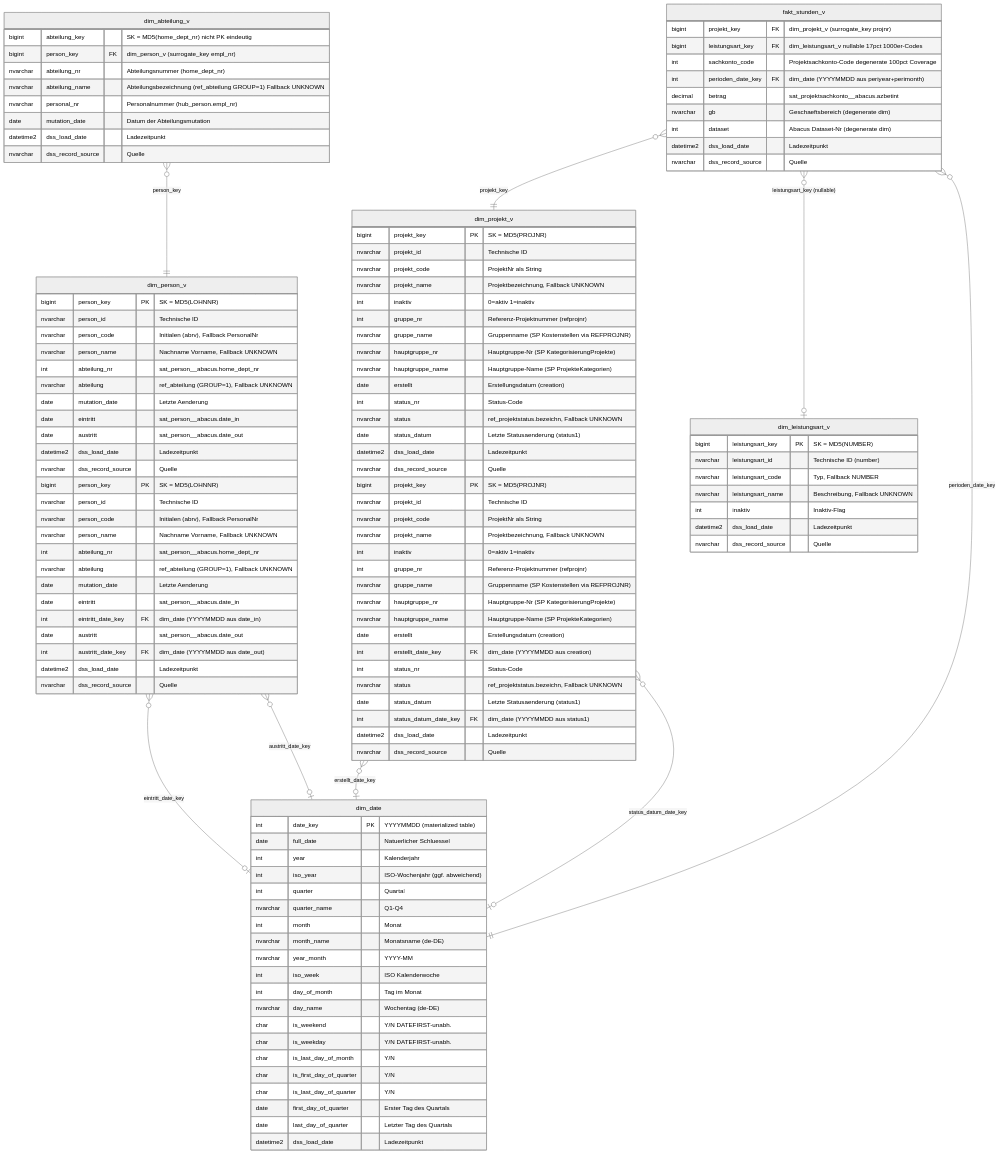
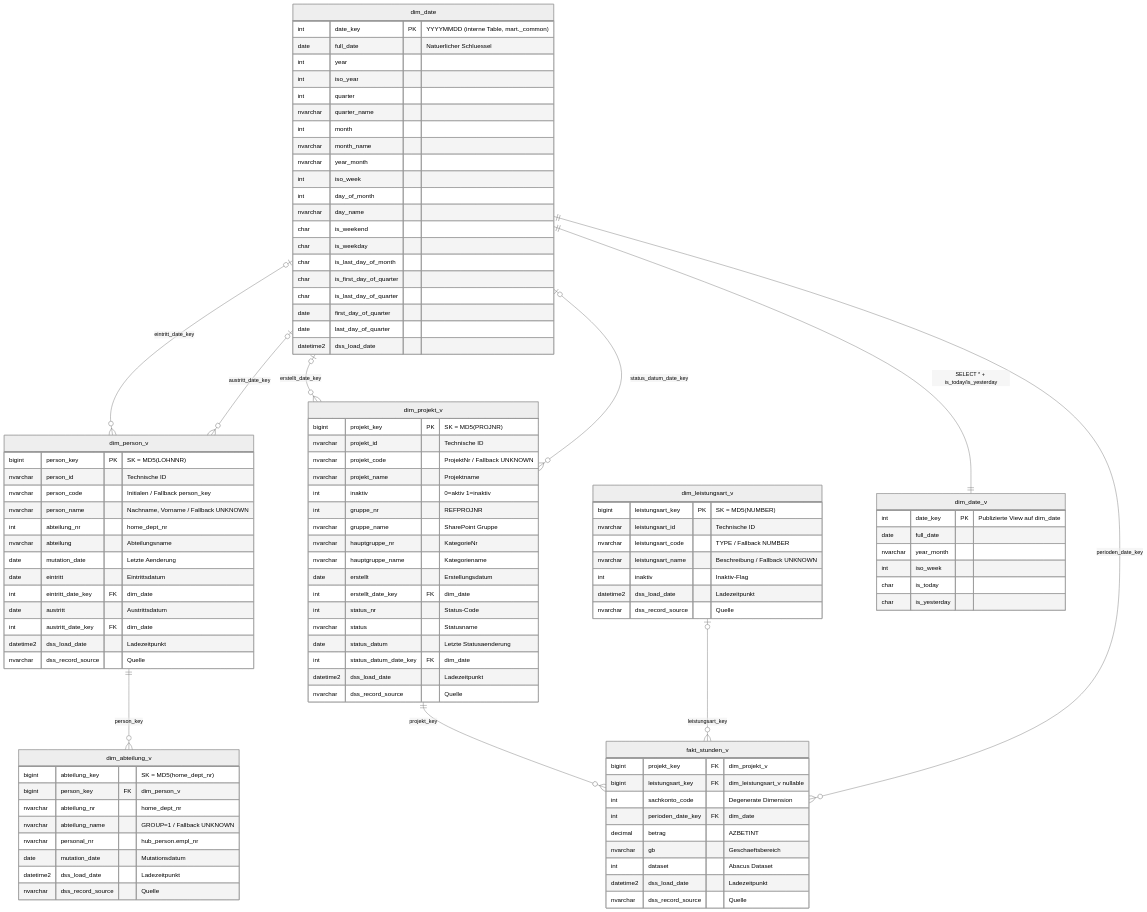
The diagram in design/mart/er-mart-project.mmd (fellnerd/datavault-dbt), drawn with Mermaid (neutral theme) before and after one commit. The commit also changed other lines of this file and 36 other files, not shown here.

```diff
--- a/design/mart/er-mart-project.mmd
+++ b/design/mart/er-mart-project.mmd
@@ -1,136 +1,114 @@
-
 erDiagram
 
-
     dim_abteilung_v {
-        bigint abteilung_key "SK = MD5(home_dept_nr) nicht PK eindeutig"
-        bigint person_key FK "dim_person_v (surrogate_key empl_nr)"
-        nvarchar abteilung_nr "Abteilungsnummer (home_dept_nr)"
-        nvarchar abteilung_name "Abteilungsbezeichnung (ref_abteilung GROUP=1) Fallback UNKNOWN"
-        nvarchar personal_nr "Personalnummer (hub_person.empl_nr)"
-        date mutation_date "Datum der Abteilungsmutation"
+        bigint abteilung_key "SK = MD5(home_dept_nr)"
+        bigint person_key FK "dim_person_v"
+        nvarchar abteilung_nr "home_dept_nr"
+        nvarchar abteilung_name "GROUP=1 / Fallback UNKNOWN"
+        nvarchar personal_nr "hub_person.empl_nr"
+        date mutation_date "Mutationsdatum"
         datetime2 dss_load_date "Ladezeitpunkt"
         nvarchar dss_record_source "Quelle"
     }
 
     dim_person_v {
         bigint person_key PK "SK = MD5(LOHNNR)"
         nvarchar person_id "Technische ID"
-        nvarchar person_code "Initialen (abrv), Fallback PersonalNr"
-        nvarchar person_name "Nachname Vorname, Fallback UNKNOWN"
-        int abteilung_nr "sat_person__abacus.home_dept_nr"
-        nvarchar abteilung "ref_abteilung (GROUP=1), Fallback UNKNOWN"
+        nvarchar person_code "Initialen / Fallback person_key"
+        nvarchar person_name "Nachname, Vorname / Fallback UNKNOWN"
+        int abteilung_nr "home_dept_nr"
+        nvarchar abteilung "Abteilungsname"
         date mutation_date "Letzte Aenderung"
-        date eintritt "sat_person__abacus.date_in"
-        date austritt "sat_person__abacus.date_out"
+        date eintritt "Eintrittsdatum"
+        int eintritt_date_key FK "dim_date"
+        date austritt "Austrittsdatum"
+        int austritt_date_key FK "dim_date"
         datetime2 dss_load_date "Ladezeitpunkt"
         nvarchar dss_record_source "Quelle"
     }
 
     dim_projekt_v {
         bigint projekt_key PK "SK = MD5(PROJNR)"
         nvarchar projekt_id "Technische ID"
-        nvarchar projekt_code "ProjektNr als String"
-        nvarchar projekt_name "Projektbezeichnung, Fallback UNKNOWN"
+        nvarchar projekt_code "ProjektNr / Fallback UNKNOWN"
+        nvarchar projekt_name "Projektname"
         int inaktiv "0=aktiv 1=inaktiv"
-        int gruppe_nr "Referenz-Projektnummer (refprojnr)"
-        nvarchar gruppe_name "Gruppenname (SP Kostenstellen via REFPROJNR)"
-        nvarchar hauptgruppe_nr "Hauptgruppe-Nr (SP KategorisierungProjekte)"
-        nvarchar hauptgruppe_name "Hauptgruppe-Name (SP ProjekteKategorien)"
-        date erstellt "Erstellungsdatum (creation)"
+        int gruppe_nr "REFPROJNR"
+        nvarchar gruppe_name "SharePoint Gruppe"
+        nvarchar hauptgruppe_nr "KategorieNr"
+        nvarchar hauptgruppe_name "Kategoriename"
+        date erstellt "Erstellungsdatum"
+        int erstellt_date_key FK "dim_date"
         int status_nr "Status-Code"
-        nvarchar status "ref_projektstatus.bezeichn, Fallback UNKNOWN"
-        date status_datum "Letzte Statusaenderung (status1)"
+        nvarchar status "Statusname"
+        date status_datum "Letzte Statusaenderung"
+        int status_datum_date_key FK "dim_date"
         datetime2 dss_load_date "Ladezeitpunkt"
         nvarchar dss_record_source "Quelle"
     }
 
     dim_leistungsart_v {
         bigint leistungsart_key PK "SK = MD5(NUMBER)"
-        nvarchar leistungsart_id "Technische ID (number)"
-        nvarchar leistungsart_code "Typ, Fallback NUMBER"
-        nvarchar leistungsart_name "Beschreibung, Fallback UNKNOWN"
+        nvarchar leistungsart_id "Technische ID"
+        nvarchar leistungsart_code "TYPE / Fallback NUMBER"
+        nvarchar leistungsart_name "Beschreibung / Fallback UNKNOWN"
         int inaktiv "Inaktiv-Flag"
         datetime2 dss_load_date "Ladezeitpunkt"
         nvarchar dss_record_source "Quelle"
     }
 
     dim_date {
-        int date_key PK "YYYYMMDD (materialized table)"
+        int date_key PK "YYYYMMDD (interne Table, mart._common)"
         date full_date "Natuerlicher Schluessel"
-        int year "Kalenderjahr"
-        int iso_year "ISO-Wochenjahr (ggf. abweichend)"
-        int quarter "Quartal"
-        nvarchar quarter_name "Q1-Q4"
-        int month "Monat"
-        nvarchar month_name "Monatsname (de-DE)"
-        nvarchar year_month "YYYY-MM"
-        int iso_week "ISO Kalenderwoche"
-        int day_of_month "Tag im Monat"
-        nvarchar day_name "Wochentag (de-DE)"
-        char is_weekend "Y/N DATEFIRST-unabh."
-        char is_weekday "Y/N DATEFIRST-unabh."
-        char is_last_day_of_month "Y/N"
-        char is_first_day_of_quarter "Y/N"
-        char is_last_day_of_quarter "Y/N"
-        date first_day_of_quarter "Erster Tag des Quartals"
-        date last_day_of_quarter "Letzter Tag des Quartals"
-        datetime2 dss_load_date "Ladezeitpunkt"
+        int year
+        int iso_year
+        int quarter
+        nvarchar quarter_name
+        int month
+        nvarchar month_name
+        nvarchar year_month
+        int iso_week
+        int day_of_month
+        nvarchar day_name
+        char is_weekend
+        char is_weekday
+        char is_last_day_of_month
+        char is_first_day_of_quarter
+        char is_last_day_of_quarter
+        date first_day_of_quarter
+        date last_day_of_quarter
+        datetime2 dss_load_date
     }
 
-    dim_person_v {
-        bigint person_key PK "SK = MD5(LOHNNR)"
-        nvarchar person_id "Technische ID"
-        nvarchar person_code "Initialen (abrv), Fallback PersonalNr"
-        nvarchar person_name "Nachname Vorname, Fallback UNKNOWN"
-        int abteilung_nr "sat_person__abacus.home_dept_nr"
-        nvarchar abteilung "ref_abteilung (GROUP=1), Fallback UNKNOWN"
-        date mutation_date "Letzte Aenderung"
-        date eintritt "sat_person__abacus.date_in"
-        int eintritt_date_key FK "dim_date (YYYYMMDD aus date_in)"
-        date austritt "sat_person__abacus.date_out"
-        int austritt_date_key FK "dim_date (YYYYMMDD aus date_out)"
+    dim_date_v {
+        int date_key PK "Publizierte View auf dim_date"
+        date full_date
+        nvarchar year_month
+        int iso_week
+        char is_today
+        char is_yesterday
+    }
+
+    fakt_stunden_v {
+        bigint projekt_key FK "dim_projekt_v"
+        bigint leistungsart_key FK "dim_leistungsart_v nullable"
+        int sachkonto_code "Degenerate Dimension"
+        int perioden_date_key FK "dim_date"
+        decimal betrag "AZBETINT"
+        nvarchar gb "Geschaeftsbereich"
+        int dataset "Abacus Dataset"
         datetime2 dss_load_date "Ladezeitpunkt"
         nvarchar dss_record_source "Quelle"
     }
 
-    dim_projekt_v {
-        bigint projekt_key PK "SK = MD5(PROJNR)"
-        nvarchar projekt_id "Technische ID"
-        nvarchar projekt_code "ProjektNr als String"
-        nvarchar projekt_name "Projektbezeichnung, Fallback UNKNOWN"
-        int inaktiv "0=aktiv 1=inaktiv"
-        int gruppe_nr "Referenz-Projektnummer (refprojnr)"
-        nvarchar gruppe_name "Gruppenname (SP Kostenstellen via REFPROJNR)"
-        nvarchar hauptgruppe_nr "Hauptgruppe-Nr (SP KategorisierungProjekte)"
-        nvarchar hauptgruppe_name "Hauptgruppe-Name (SP ProjekteKategorien)"
-        date erstellt "Erstellungsdatum (creation)"
-        int erstellt_date_key FK "dim_date (YYYYMMDD aus creation)"
-        int status_nr "Status-Code"
-        nvarchar status "ref_projektstatus.bezeichn, Fallback UNKNOWN"
-        date status_datum "Letzte Statusaenderung (status1)"
-        int status_datum_date_key FK "dim_date (YYYYMMDD aus status1)"
-        datetime2 dss_load_date "Ladezeitpunkt"
-        nvarchar dss_record_source "Quelle"
-    }
+    dim_date ||--|| dim_date_v : "SELECT * + is_today/is_yesterday"
 
-    fakt_stunden_v {
-        bigint projekt_key FK "dim_projekt_v (surrogate_key projnr)"
-        bigint leistungsart_key FK "dim_leistungsart_v nullable 17pct 1000er-Codes"
-        int sachkonto_code "Projektsachkonto-Code degenerate 100pct Coverage"
-        int perioden_date_key FK "dim_date (YYYYMMDD aus periyear+perimonth)"
-        decimal betrag "sat_projektsachkonto__abacus.azbetint"
-        nvarchar gb "Geschaeftsbereich (degenerate dim)"
-        int dataset "Abacus Dataset-Nr (degenerate dim)"
-        datetime2 dss_load_date "Ladezeitpunkt"
-        nvarchar dss_record_source "Quelle"
-    }
+    dim_person_v ||--o{ dim_abteilung_v : "person_key"
+    dim_date o|--o{ dim_person_v : "eintritt_date_key"
+    dim_date o|--o{ dim_person_v : "austritt_date_key"
+    dim_date o|--o{ dim_projekt_v : "erstellt_date_key"
+    dim_date o|--o{ dim_projekt_v : "status_datum_date_key"
 
-    fakt_stunden_v }o--|| dim_projekt_v : "projekt_key"
-    fakt_stunden_v }o--o| dim_leistungsart_v : "leistungsart_key (nullable)"
-    fakt_stunden_v }o--|| dim_date : "perioden_date_key"
-    dim_abteilung_v }o--|| dim_person_v : "person_key"
-    dim_person_v }o--o| dim_date : "eintritt_date_key"
-    dim_person_v }o--o| dim_date : "austritt_date_key"
-    dim_projekt_v }o--o| dim_date : "erstellt_date_key"
-    dim_projekt_v }o--o| dim_date : "status_datum_date_key"
+    dim_projekt_v ||--o{ fakt_stunden_v : "projekt_key"
+    dim_leistungsart_v o|--o{ fakt_stunden_v : "leistungsart_key"
+    dim_date ||--o{ fakt_stunden_v : "perioden_date_key"
```
